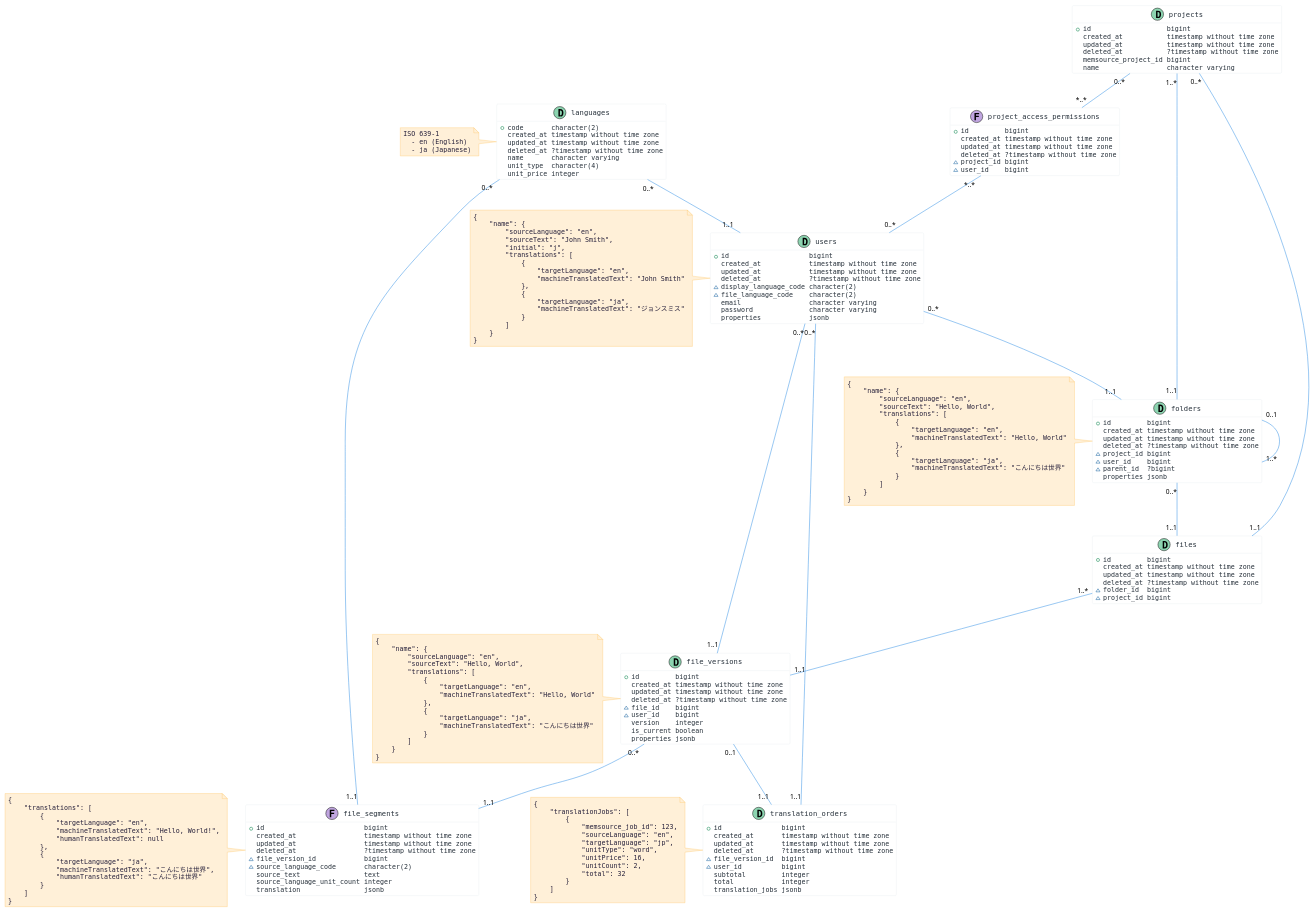
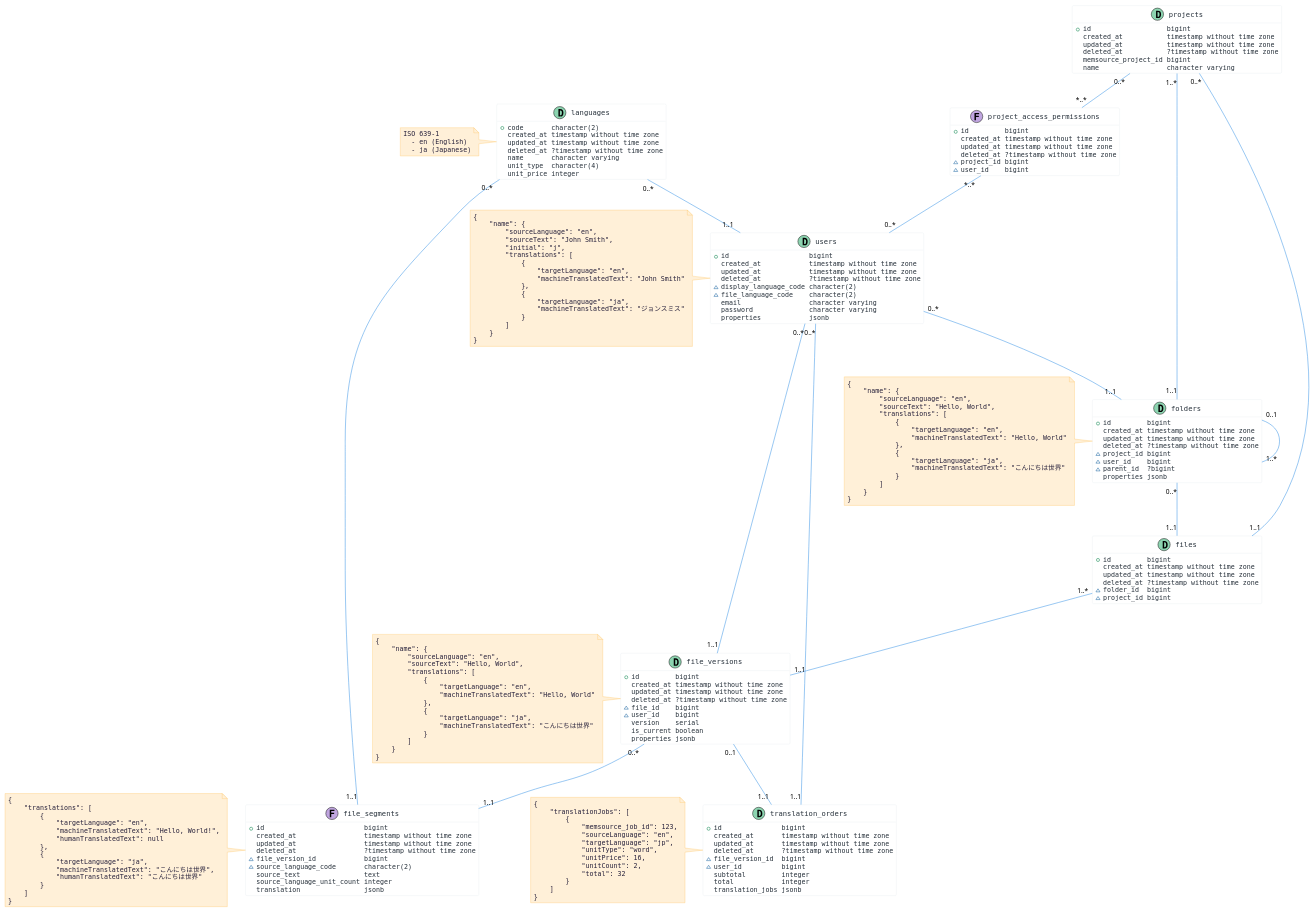
The diagram in rest-api/PhysicalDataModel.puml (james-wovn/learn-go), drawn with PlantUML before and after one commit.

Commit message:
Update physical data model PNG

```diff
--- a/rest-api/PhysicalDataModel.puml
+++ b/rest-api/PhysicalDataModel.puml
@@ -142,7 +142,7 @@
     {field} deleted_at ?timestamp without time zone
     {field} ~file_id    bigint
     {field} ~user_id    bigint
-    {field} version    integer
+    {field} version    serial
     {field} is_current boolean
     {field} properties jsonb
 }
```
